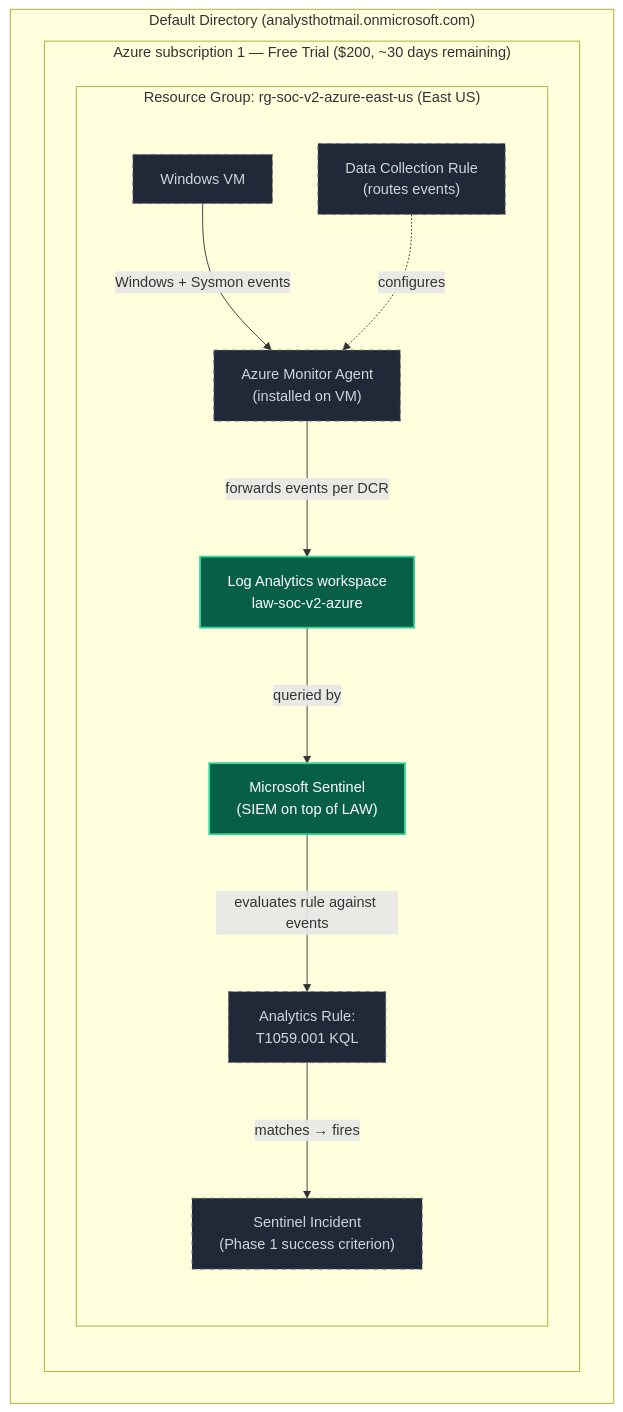
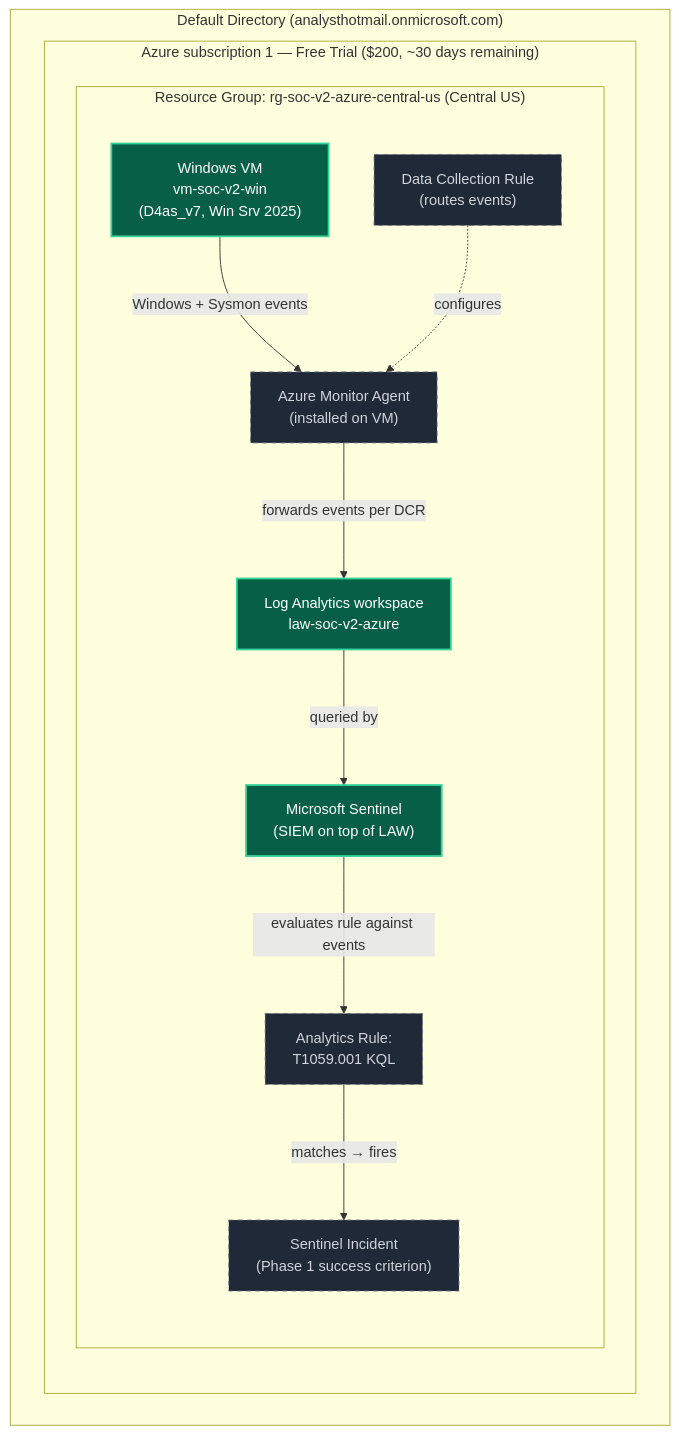
Before and after one commit to Armando-ic/SOC-Automation-Project: the diagram in v2-azure/architecture/current-state.md, drawn with Mermaid. The commit also changed other lines of this file and 3 other files, not shown here.

````diff
--- a/v2-azure/architecture/current-state.md
+++ b/v2-azure/architecture/current-state.md
@@ -9,26 +9,26 @@
 ```mermaid
 flowchart TB
     subgraph Tenant["Default Directory (analysthotmail.onmicrosoft.com)"]
         subgraph Sub["Azure subscription 1 — Free Trial ($200, ~30 days remaining)"]
-            subgraph RG["Resource Group: rg-soc-v2-azure-east-us (East US)"]
-                VM["Windows VM"]:::pending
+            subgraph RG["Resource Group: rg-soc-v2-azure-central-us (Central US)"]
+                VM["Windows VM<br/>vm-soc-v2-win<br/>(D4as_v7, Win Srv 2025)"]:::done
                 AMA["Azure Monitor Agent<br/>(installed on VM)"]:::pending
                 DCR["Data Collection Rule<br/>(routes events)"]:::pending
                 LAW["Log Analytics workspace<br/>law-soc-v2-azure"]:::done
                 Sentinel["Microsoft Sentinel<br/>(SIEM on top of LAW)"]:::done
                 Rule["Analytics Rule:<br/>T1059.001 KQL"]:::pending
                 Inc["Sentinel Incident<br/>(Phase 1 success criterion)"]:::pending
             end
         end
     end
 
     VM -->|"Windows + Sysmon events"| AMA
     AMA -->|"forwards events per DCR"| LAW
     DCR -.->|"configures"| AMA
     LAW -->|"queried by"| Sentinel
     Sentinel -->|"evaluates rule against events"| Rule
     Rule -->|"matches → fires"| Inc
 
     classDef done fill:#065f46,stroke:#34d399,color:#fff,stroke-width:2px
     classDef pending fill:#1f2937,stroke:#6b7280,color:#d1d5db,stroke-dasharray: 5 5
 ```
````
